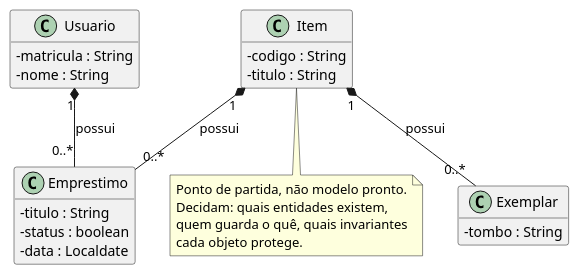
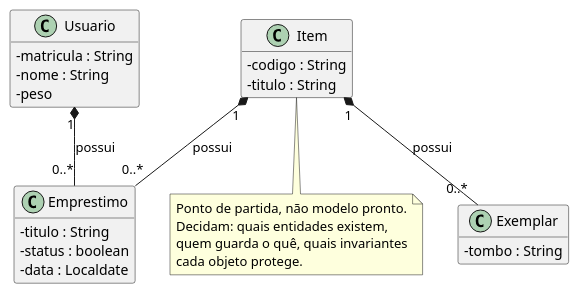
One commit to Alan-Pierre75/POO--2026-2 changed the diagram in docs/modelo.puml. Above: the diagram before and after it, drawn with PlantUML.

```diff
--- a/docs/modelo.puml
+++ b/docs/modelo.puml
@@ -1,45 +1,46 @@
 @startuml
 ' Modelo de domínio do sistema: Entrega 1.
 '
 ' Este arquivo é o ponto de partida. Substitua pelo modelo da sua equipe.
 ' O diagrama precisa corresponder ao código entregue.
 '
 ' Para gerar a imagem: instale o plugin PlantUML no IntelliJ, ou use
 '   plantuml docs/modelo.puml
 ' e versione a imagem gerada ao lado deste arquivo.
 
 skinparam classAttributeIconSize 0
 hide empty members
 
 class Item {
   - codigo : String
   - titulo : String
 }
 
 class Exemplar {
   - tombo : String
 }
 
 class Usuario {
   - matricula : String
   - nome : String
+  -peso
 }
 
 class Emprestimo {
   - titulo : String
   - status : boolean
   - data : Localdate
 }
 
 Item "1" *-- "0..*" Exemplar : possui
 Usuario "1" *-- "0..*" Emprestimo : possui
 Item "1" *-- "0..*" Emprestimo : possui
 
 note bottom of Item
   Ponto de partida, não modelo pronto.
   Decidam: quais entidades existem,
   quem guarda o quê, quais invariantes
   cada objeto protege.
 end note
 
 @enduml
```
